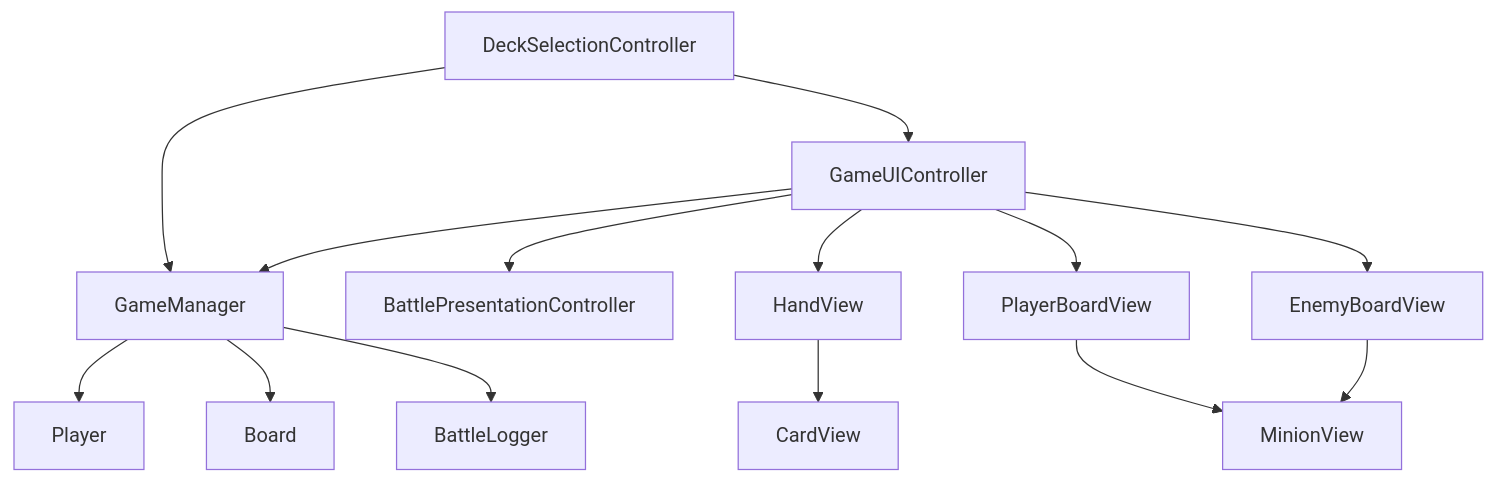
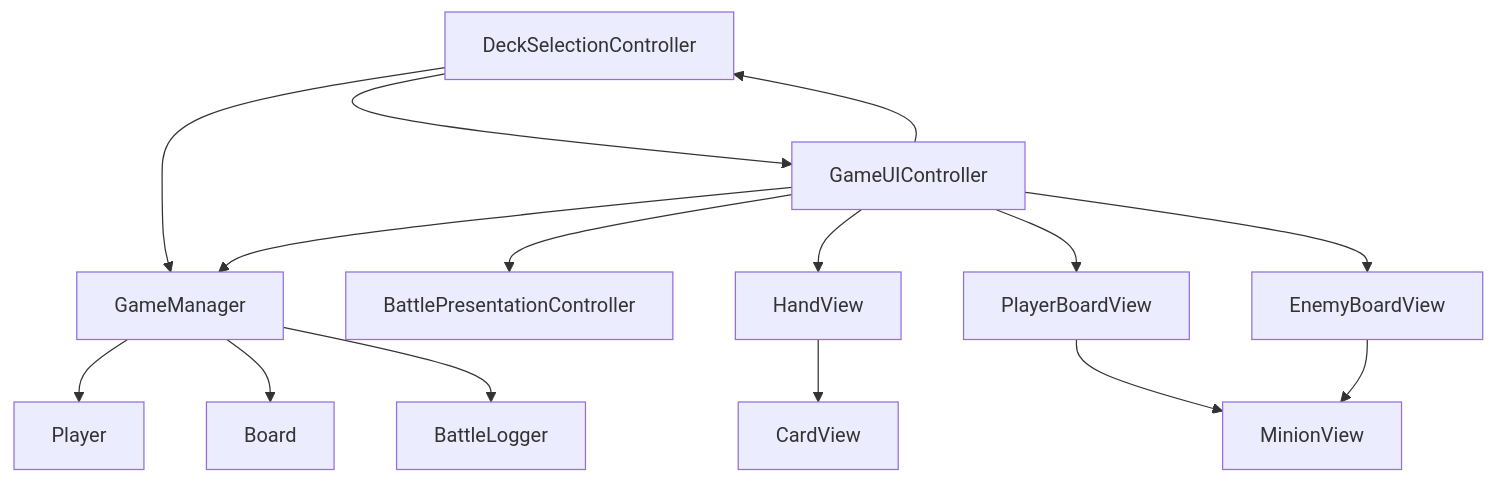
The diagram in Docs/03_UIArchitecture.md (ZHStatic/HearthstoneClone), drawn with Mermaid before and after one commit. The commit also changed other lines of this file and 5 other files, not shown here.

````diff
--- a/Docs/03_UIArchitecture.md
+++ b/Docs/03_UIArchitecture.md
@@ -536,18 +560,19 @@
 ```mermaid
 flowchart TD
     DeckSelectionController --> GameManager
     DeckSelectionController --> GameUIController
     GameUIController --> GameManager
+    GameUIController --> DeckSelectionController
     GameUIController --> BattlePresentationController
     GameUIController --> HandView
     GameUIController --> BoardViewPlayer["PlayerBoardView"]
     GameUIController --> BoardViewEnemy["EnemyBoardView"]
 
     HandView --> CardView
     BoardViewPlayer --> MinionView
     BoardViewEnemy --> MinionView
 
     GameManager --> Player
     GameManager --> Board
     GameManager --> BattleLogger
 ```
````
